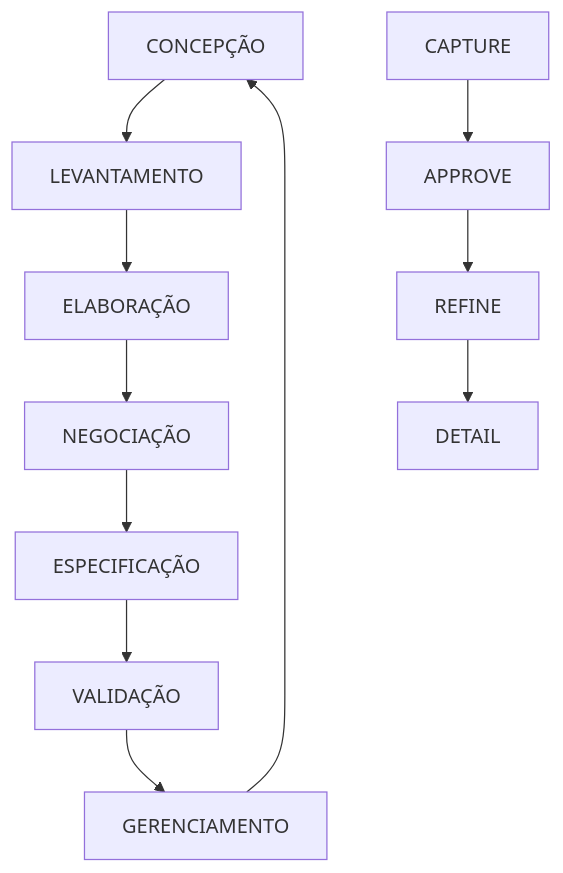
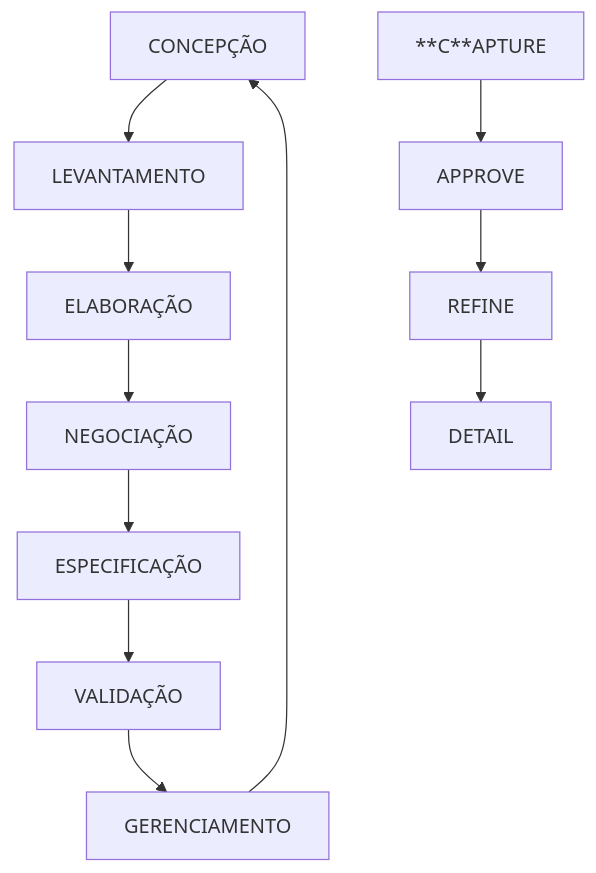
One commit to ericmds/3-Semestre changed the diagram in Engenharia e Requisitos de Software/Aula 02.04.25.md. Above: the diagram before and after it, drawn with Mermaid.

Commit message:
Update Aula 02.04.25.md

````diff
--- a/Engenharia e Requisitos de Software/Aula 02.04.25.md
+++ b/Engenharia e Requisitos de Software/Aula 02.04.25.md
@@ -2,14 +2,14 @@
   ```mermaid
   graph TD;
     CONCEPÇÃO-->LEVANTAMENTO
     LEVANTAMENTO-->ELABORAÇÃO
     ELABORAÇÃO-->NEGOCIAÇÃO
     NEGOCIAÇÃO-->ESPECIFICAÇÃO
     ESPECIFICAÇÃO-->VALIDAÇÃO
     VALIDAÇÃO-->GERENCIAMENTO
     GERENCIAMENTO-->CONCEPÇÃO
 
-    CAPTURE-->APPROVE
+    **C**APTURE-->APPROVE
     APPROVE-->REFINE
     REFINE-->DETAIL
   ```
````
